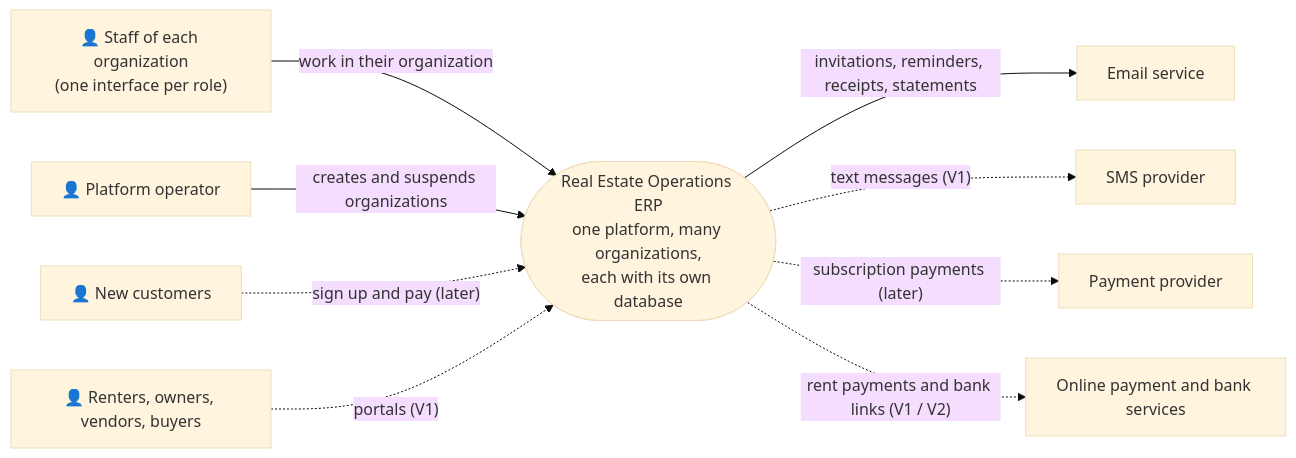
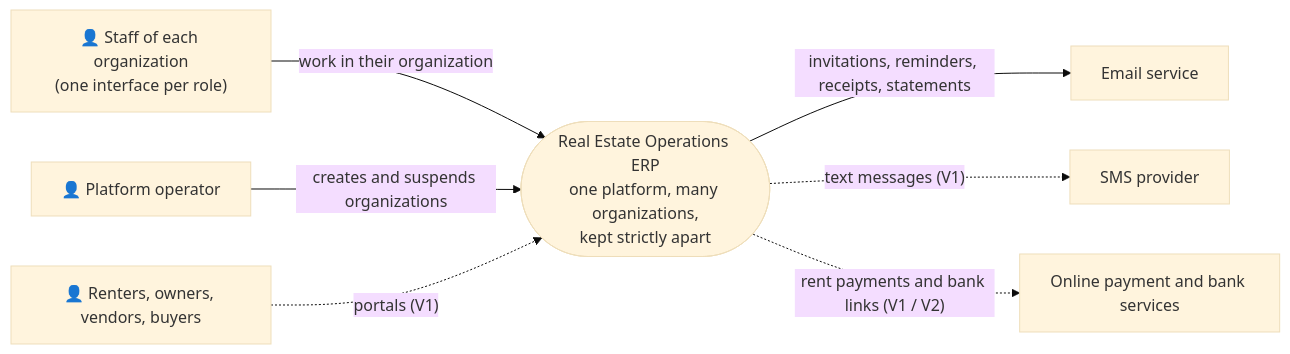
The diagram in docs/phase-2/architecture/02-architecture-diagrams.md (hamzAmbarki2/ERP), drawn with Mermaid (base theme) before and after one commit. The commit also changed other lines of this file and 1 other file, not shown here.

First line of the commit message:
Architecture diagrams: first version uses one database for all organizations

````diff
--- a/docs/phase-2/architecture/02-architecture-diagrams.md
+++ b/docs/phase-2/architecture/02-architecture-diagrams.md
@@ -67,23 +38,19 @@
 ``` mermaid
 flowchart LR
     ST["👤 Staff of each organization<br/>(one interface per role)"]
     OP["👤 Platform operator"]
-    NC["👤 New customers"]
     EX["👤 Renters, owners, vendors, buyers"]
 
-    SYS(["Real Estate Operations ERP<br/>one platform, many organizations,<br/>each with its own database"])
+    SYS(["Real Estate Operations ERP<br/>one platform, many organizations,<br/>kept strictly apart"])
 
     EM["Email service"]
     SM["SMS provider"]
-    PP["Payment provider"]
     BK["Online payment and bank services"]
 
     ST -- "work in their organization" --> SYS
     OP -- "creates and suspends organizations" --> SYS
     SYS -- "invitations, reminders, receipts, statements" --> EM
-    NC -. "sign up and pay (later)" .-> SYS
     EX -. "portals (V1)" .-> SYS
     SYS -. "text messages (V1)" .-> SM
-    SYS -. "subscription payments (later)" .-> PP
     SYS -. "rent payments and bank links (V1 / V2)" .-> BK
 ```
````
